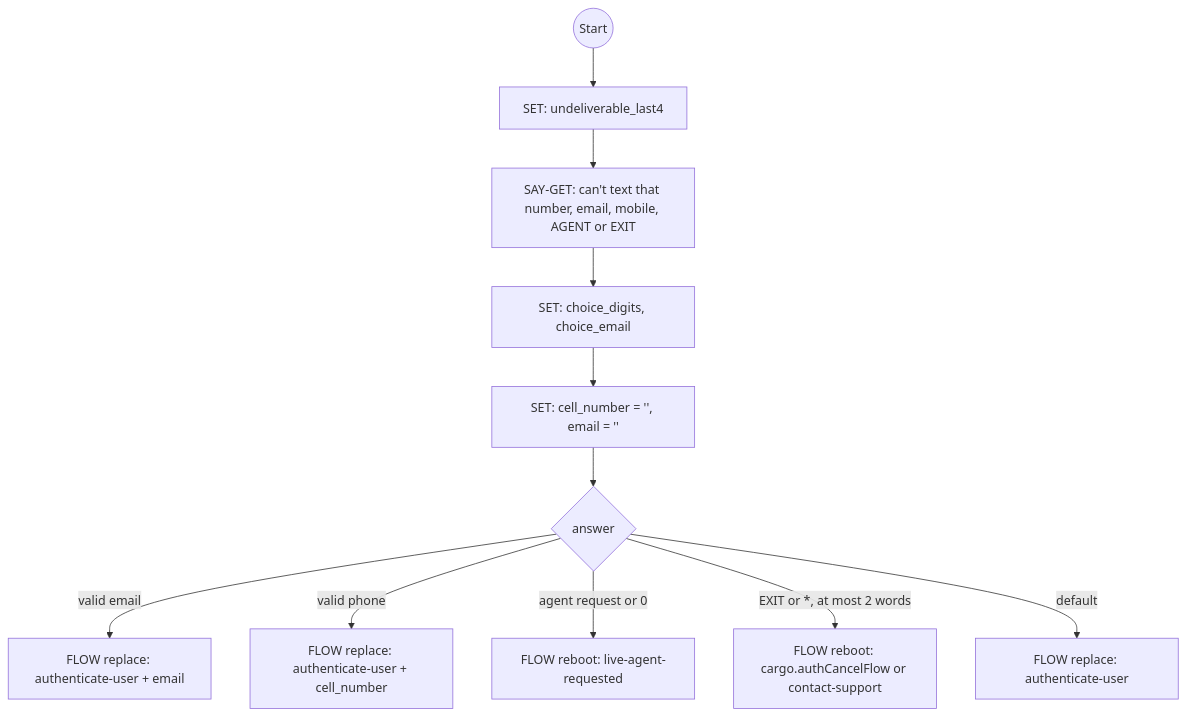
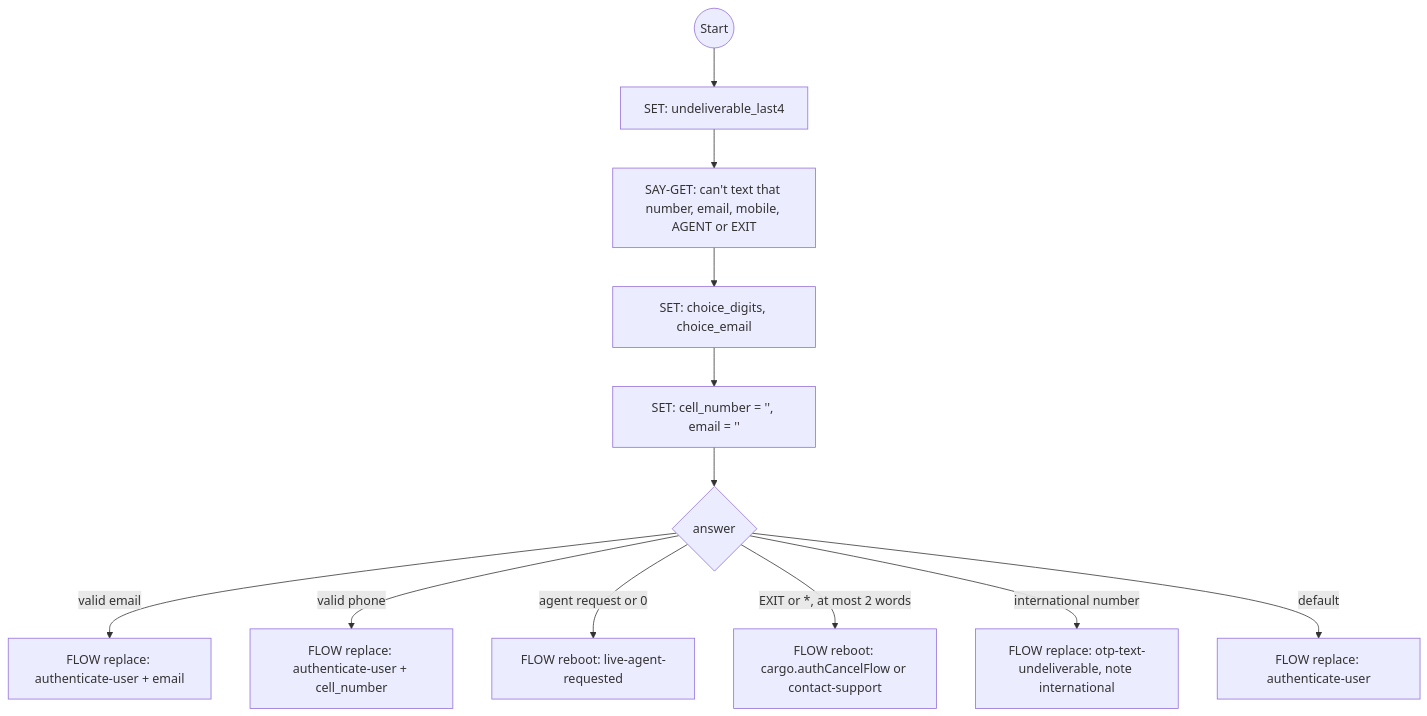
Before and after one commit to ronpinkas/jsfe: diagram 15 of 22 in docs/system-flows.md, drawn with Mermaid. The commit also changed other lines of this file and 1 other file, not shown here.

````diff
--- a/docs/system-flows.md
+++ b/docs/system-flows.md
@@ -795,13 +807,14 @@
 ```mermaid
 graph TD
     start((Start)) --> describe_number[SET: undeliverable_last4]
     describe_number --> ask_other_contact[SAY-GET: can't text that number, email, mobile, AGENT or EXIT]
     ask_other_contact --> read[SET: choice_digits, choice_email]
     read --> clear[SET: cell_number = '', email = '']
     clear --> handle_choice{answer}
     handle_choice -->|valid email| try_email[FLOW replace: authenticate-user + email]
     handle_choice -->|valid phone| try_other_cell[FLOW replace: authenticate-user + cell_number]
     handle_choice -->|agent request or 0| goto_live_agent[FLOW reboot: live-agent-requested]
     handle_choice -->|EXIT or *, at most 2 words| abort_process[FLOW reboot: cargo.authCancelFlow or contact-support]
+    handle_choice -->|international number| international_number["FLOW replace: otp-text-undeliverable, note international"]
     handle_choice -->|default| ask_contact_again[FLOW replace: authenticate-user]
 ```
````
